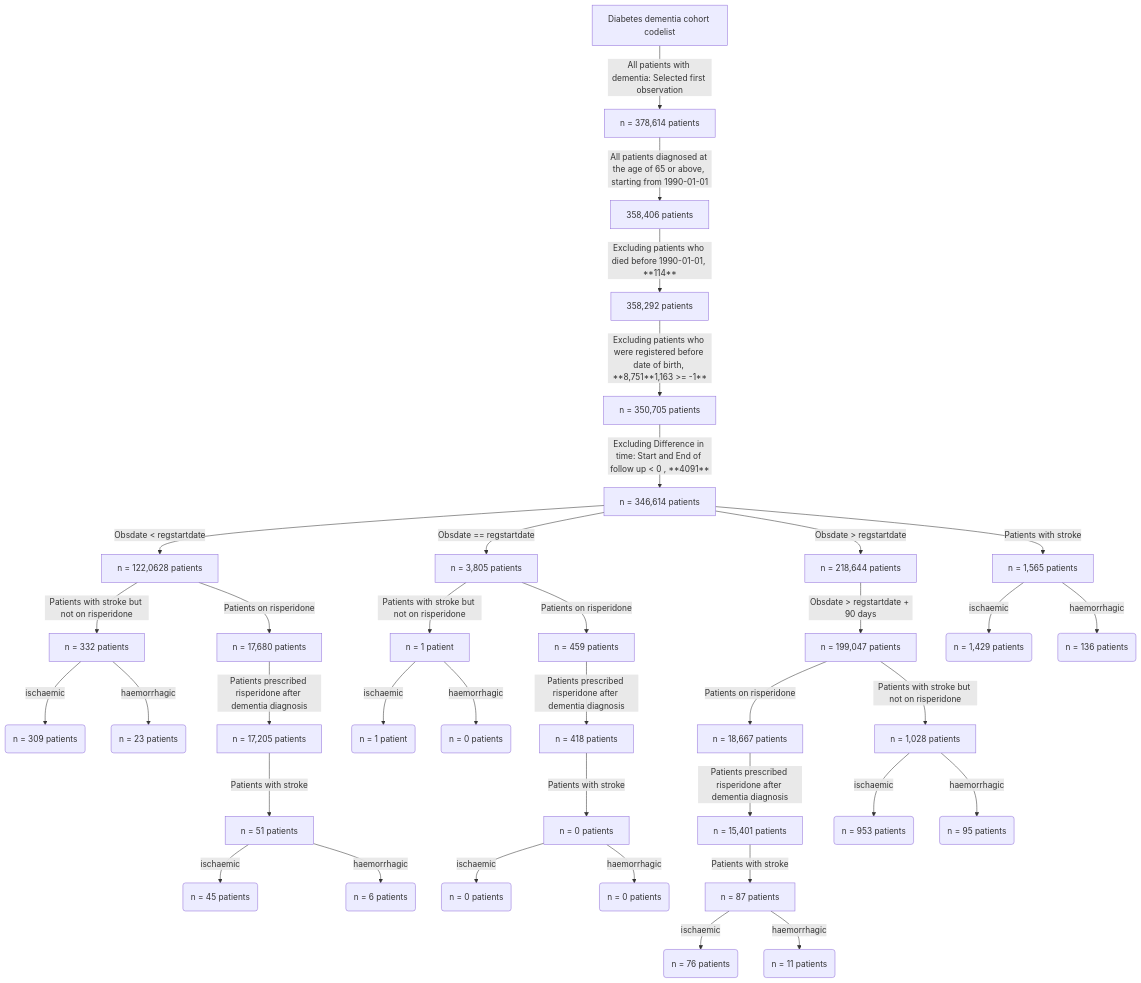
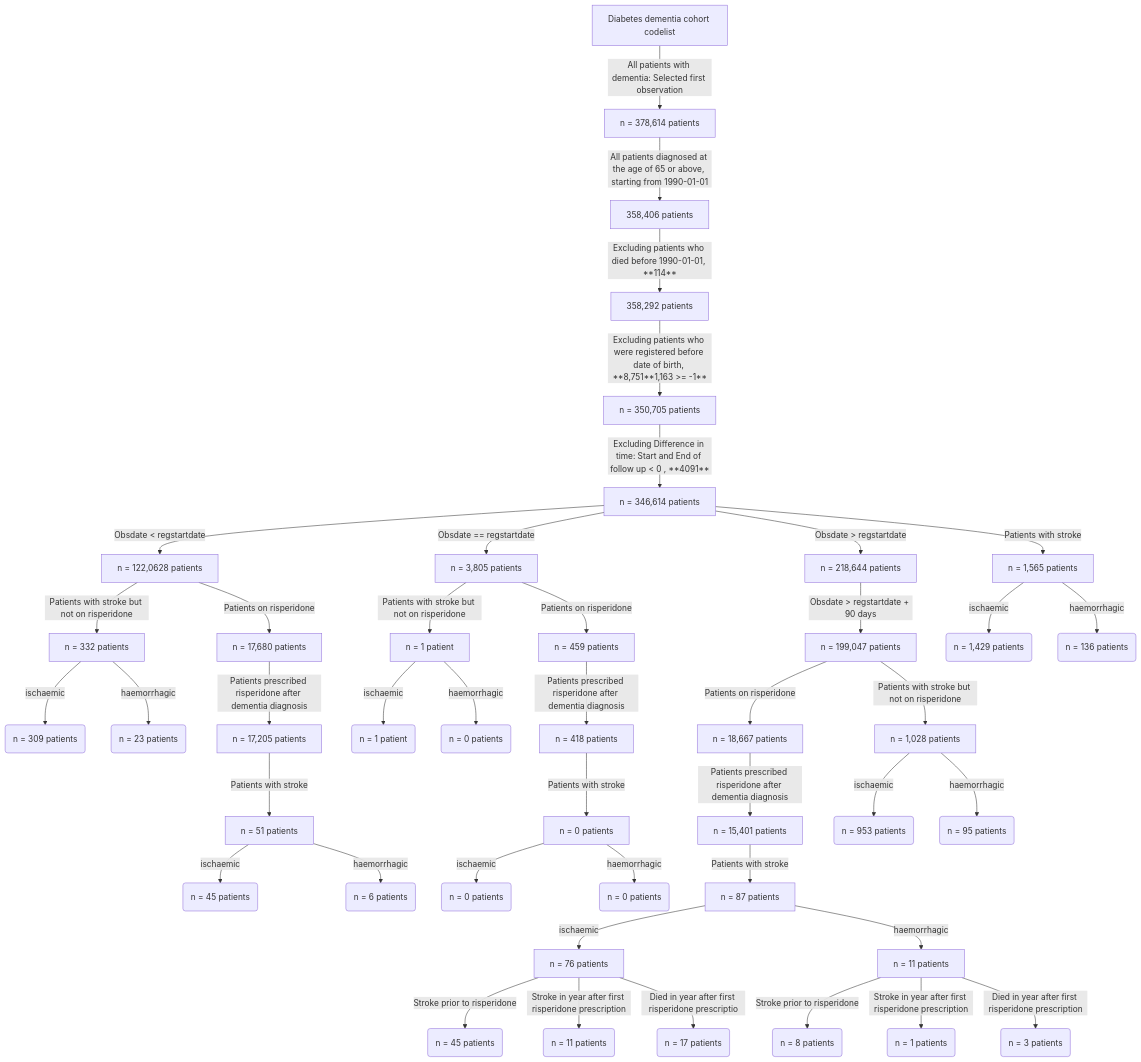
Before and after one commit to Exeter-Diabetes/Dementia: the diagram in iPRIME/README.md, drawn with Mermaid.

````diff
--- a/iPRIME/README.md
+++ b/iPRIME/README.md
@@ -20,52 +20,56 @@
 ```mermaid
 flowchart TD
     A[Diabetes dementia cohort codelist ] -->|All patients with dementia: Selected first observation| B(n = 378,614 patients)
     B[n = 378,614 patients ] -->| All patients diagnosed at the age of 65 or above, starting from 1990-01-01  | C(n = 358,406 patients)
     C[358,406 patients ] -->| Excluding patients who died before 1990-01-01, **114**   | D(n = 358,292 patients)
     D[358,292 patients ] -->| Excluding patients who were registered before date of birth, **8,751**1,163 >= -1**    | F(n = 350,705 patients)
     F[n = 350,705 patients ] -->| Excluding Difference in time: Start and End of follow up < 0 , **4091**  | K(n = 346,614 patients)
     K[n = 346,614 patients ] -->| Obsdate < regstartdate  | G(n = 122,0628 patients)
     K[n = 346,614 patients ] -->| Obsdate == regstartdate  | H(n = 3,805 patients)
     K[n = 346,614 patients ] -->| Obsdate > regstartdate  | I(n = 218,644 patients)
     K[n = 346,614 patients ] -->| Patients with stroke  | IZ(n = 218,644 patients)
     IZ[n = 1,565 patients ] -->| ischaemic  | IK(n = 1,429 patients)
     IZ[n = 1,565 patients ] -->| haemorrhagic   | IJ(n = 136 patients)
     I[n = 218,644  patients ] -->| Obsdate > regstartdate + 90 days  | J(n = 199,047 patients)
     J[n = 199,047  patients ] -->| Patients on risperidone  | N(n = 18,667 patients)
     J[n = 199,047  patients ] -->| Patients with stroke but not on risperidone  | NK(n = 1,028 patients)
     NK[n = 1,028  patients ] -->| ischaemic   | RK(n = 953  patients)
     NK[n = 1,028  patients ] -->| haemorrhagic      | TK(n = 95 patients)
     N[n = 18,667  patients ] -->| Patients prescribed risperidone after dementia diagnosis  | P(n = 15,401 patients)
     P[n = 15,401  patients ] -->| Patients with stroke  | Q(n = 87 patients)
     Q[n = 87  patients ] -->| ischaemic   | R(n = 76 patients)
     Q[n = 87  patients ] -->| haemorrhagic      | T(n = 11 patients)
+    
+    R[n = 76  patients ] -->| Stroke prior to risperidone| RZ(n = 45 patients)
+    R[n = 76  patients ] -->| Stroke in year after first risperidone prescription| RY(n = 11 patients)
+    R[n = 76  patients ] -->| Died in year after first risperidone prescriptio| RV(n = 17 patients)
 
+    T[n = 11  patients ] -->| Stroke prior to risperidone| RZS(n = 8 patients)
+    T[n = 11  patients ] -->| Stroke in year after first risperidone prescription| RYS(n = 1 patients)
+    T[n = 11  patients ] -->| Died in year after first risperidone prescription| RVS(n = 3 patients)
     G[n = 122,0628  patients ] -->| Patients with stroke but not on risperidone  | NS(n = 332 patients)
     NS[n = 332  patients ] -->| ischaemic   | RS(n = 309  patients)
     NS[n = 332  patients ] -->| haemorrhagic      | TS(n = 23 patients)
     
     H[n = 3,805  patients ] -->| Patients with stroke but not on risperidone  | NP(n = 1 patient)
     NP[n = 1  patient ] -->| ischaemic   | RP(n = 1  patient)
     NP[n = 1  patient ] -->| haemorrhagic      | TP(n = 0 patients)
 
     G[n = 122,0628 patients ] -->| Patients on risperidone  | X(n = 17,680 patients)
     X[n = 17,680  patients ] -->| Patients prescribed risperidone after dementia diagnosis  | Z(n = 17,205 patients)
     Z[n = 17,205  patients ] -->| Patients with stroke  | Y(n = 51 patients)
     Y[n = 51  patients ] -->| ischaemic   | U(n = 45 patients)
     Y[n = 51  patients ] -->| haemorrhagic      | V(n = 6 patients)
 
 
 
     H[ n = 3,805 patients ] -->| Patients on risperidone  | XV(n = 459 patients)
     XV[n = 459 patients ] -->| Patients prescribed risperidone after dementia diagnosis  | ZV(n = 418 patients)
     ZV[n = 418 patients ] -->| Patients with stroke  | YV(n = 0 patients)
     YV[n = 0 patients ] -->| ischaemic   | UV(n = 0 patients)
     YV[n = 0 patients ] -->| haemorrhagic      | VV(n = 0 patients)
 
 
 
 
-
-
-
 ```
````
